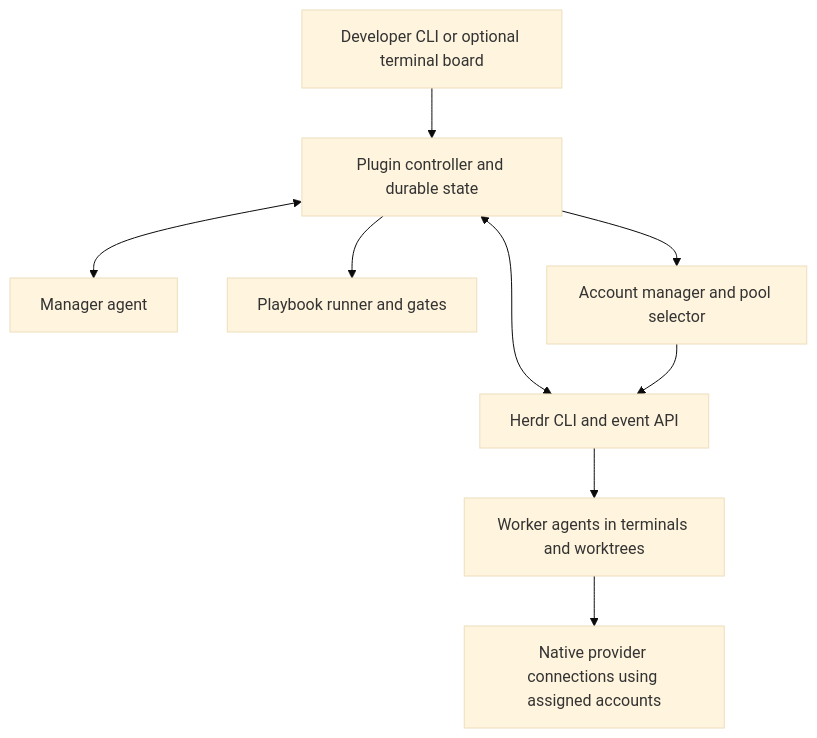
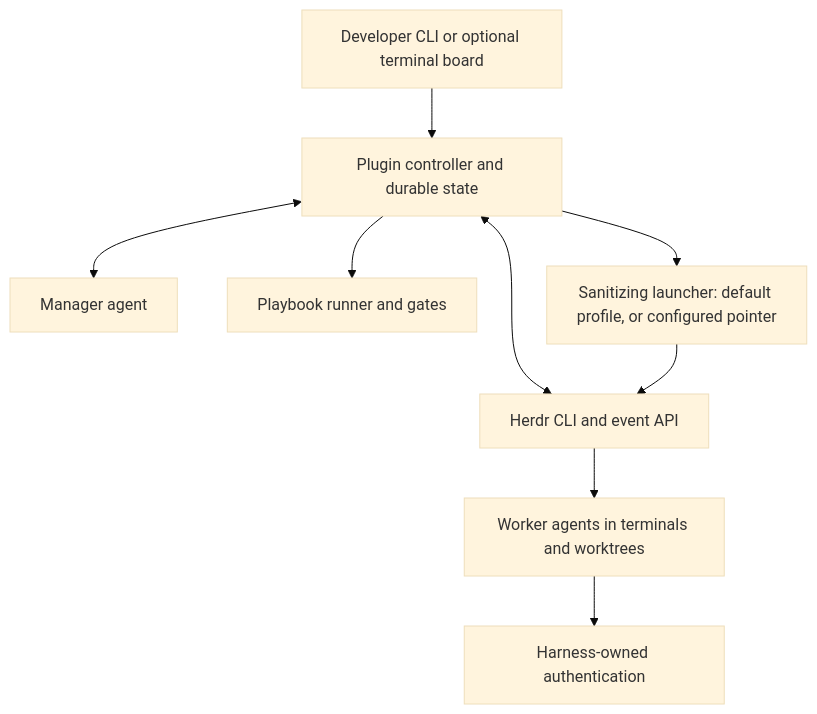
Before and after one commit to johnlanda/hop: the diagram in RESEARCH.md, drawn with Mermaid (base theme). The commit also changed other lines of this file and 7 other files, not shown here.

````diff
--- a/RESEARCH.md
+++ b/RESEARCH.md
@@ -54,11 +54,11 @@
 ```mermaid
 flowchart TD
     U[Developer CLI or optional terminal board] --> C[Plugin controller and durable state]
     C <--> M[Manager agent]
     C --> P[Playbook runner and gates]
     C <--> H[Herdr CLI and event API]
     H --> W[Worker agents in terminals and worktrees]
-    C --> X[Account manager and pool selector]
-    X --> H
-    W --> A[Native provider connections using assigned accounts]
+    C --> L[Sanitizing launcher: default profile, or configured pointer]
+    L --> H
+    W --> N[Harness-owned authentication]
 ```
````
